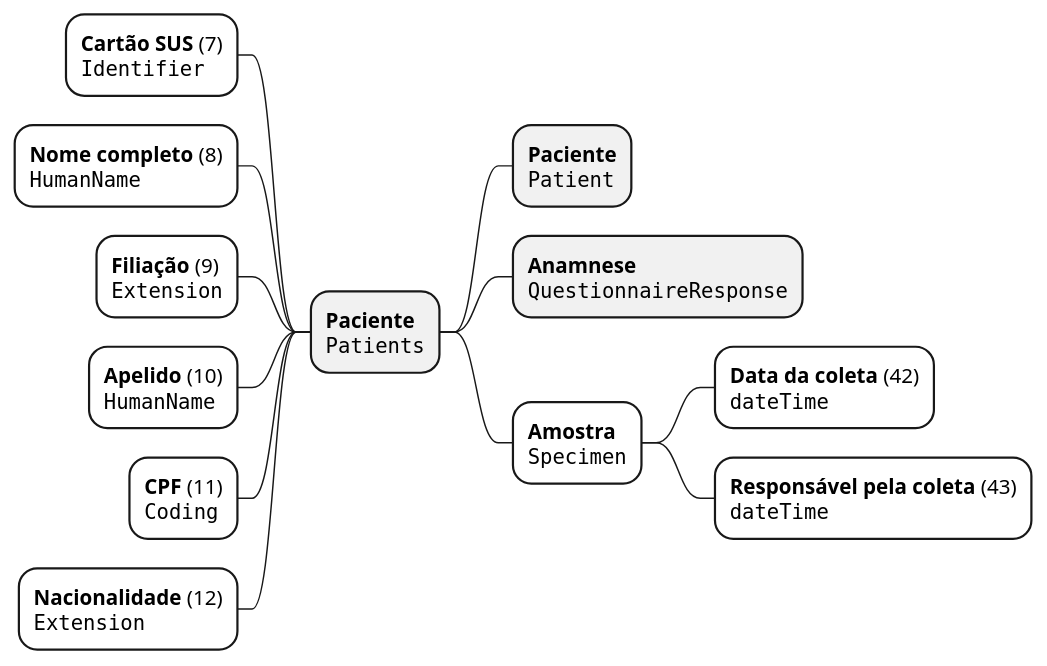
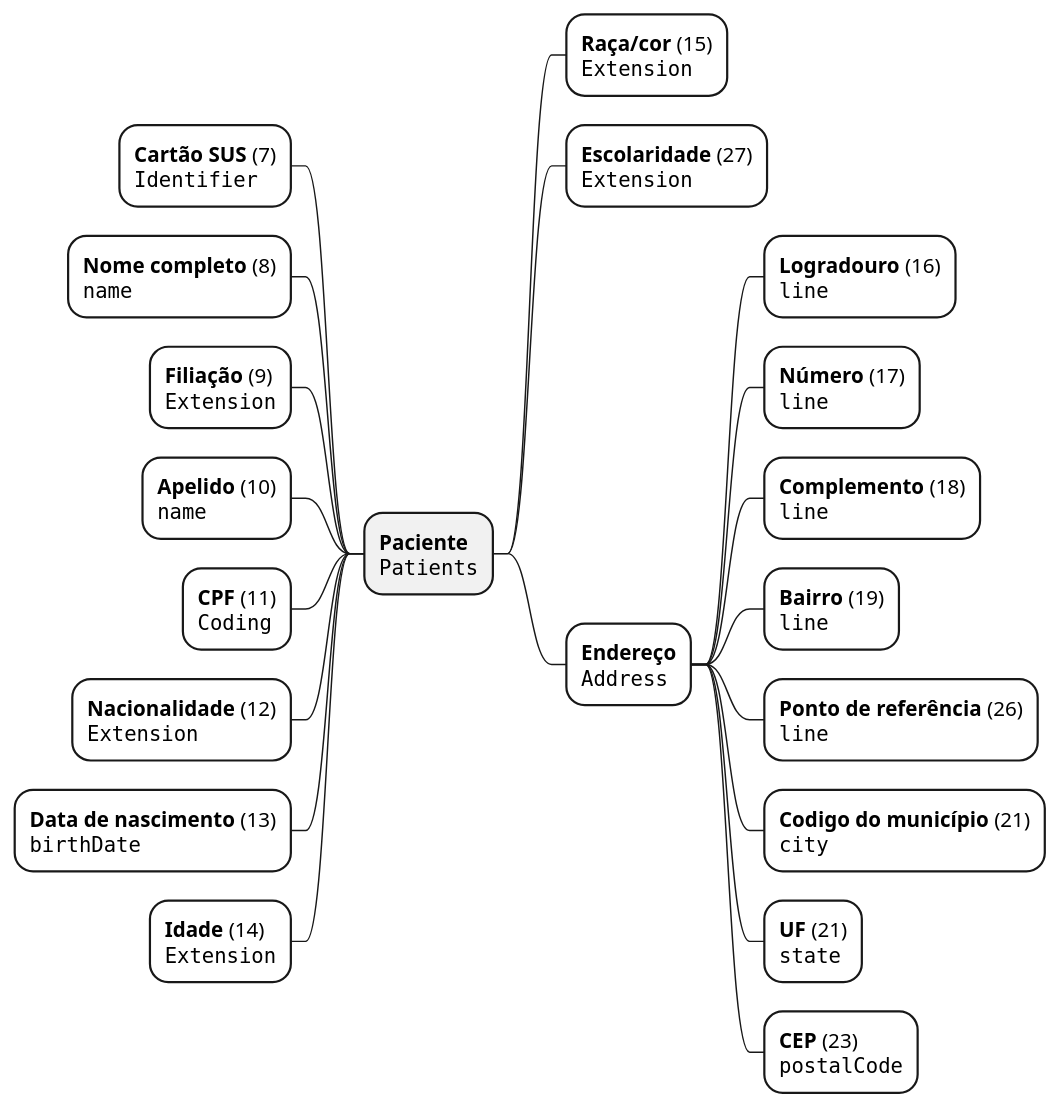
Before and after one commit to kyriosdata/farol: the diagram in input/images-source/paciente.plantuml, drawn with PlantUML. The commit also changed 1 other file, not shown here.

```diff
--- a/input/images-source/paciente.plantuml
+++ b/input/images-source/paciente.plantuml
@@ -1,16 +1,25 @@
 @startmindmap paciente
 
 + **Paciente**\n""Patients""
 --[#White] **Cartão SUS** (7)\n""Identifier""
---[#White] **Nome completo** (8)\n""HumanName""
+--[#White] **Nome completo** (8)\n""name""
 --[#White] **Filiação** (9)\n""Extension""
---[#White] **Apelido** (10)\n""HumanName""
+--[#White] **Apelido** (10)\n""name""
 --[#White] **CPF** (11)\n""Coding""
 --[#White] **Nacionalidade** (12)\n""Extension""
-++ **Paciente**\n""Patient""
-++ **Anamnese**\n""QuestionnaireResponse""
-++[#White] **Amostra**\n""Specimen""
-+++[#White] **Data da coleta** (42)\n""dateTime""
-+++[#White] **Responsável pela coleta** (43)\n""dateTime""
+--[#White] **Data de nascimento** (13)\n""birthDate""
+--[#White] **Idade** (14)\n""Extension""
+++[#White] **Raça/cor** (15)\n""Extension""
+++[#White] **Escolaridade** (27)\n""Extension""
+++[#White] **Endereço**\n""Address""
++++[#White] **Logradouro** (16)\n""line""
++++[#White] **Número** (17)\n""line""
++++[#White] **Complemento** (18)\n""line""
++++[#White] **Bairro** (19)\n""line""
++++[#White] **Ponto de referência** (26)\n""line""
++++[#White] **Codigo do município** (21)\n""city""
++++[#White] **UF** (21)\n""state""
++++[#White] **CEP** (23)\n""postalCode""
+
 
 @enduml
```
